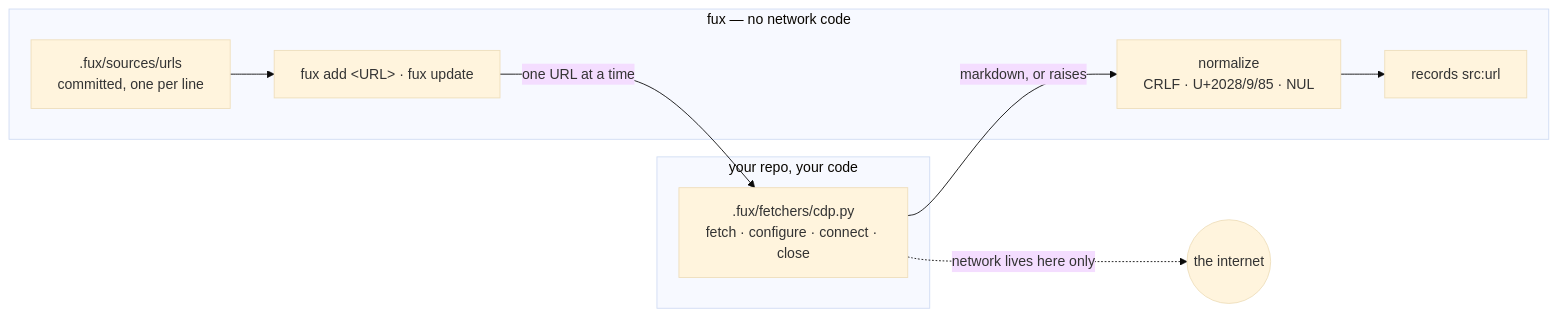
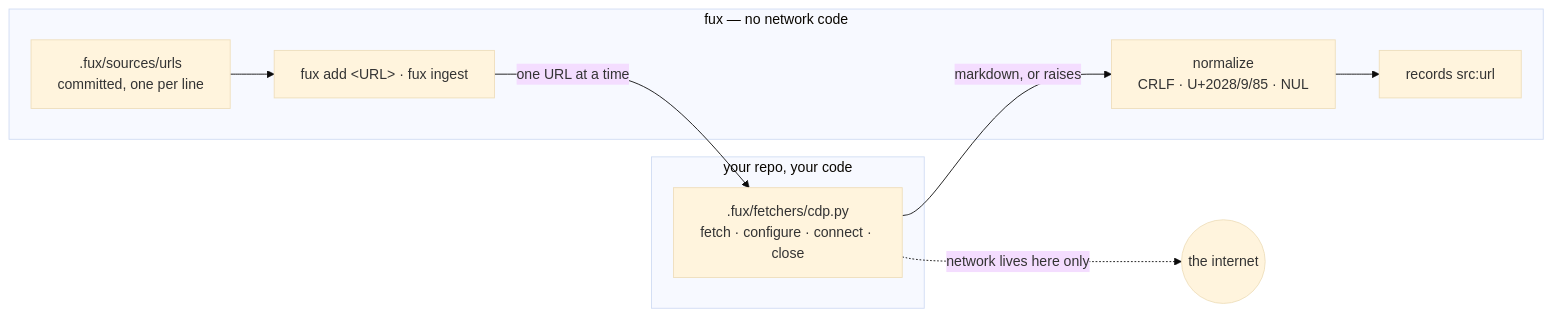
The diagram in records/0107_url-ingest.md (arpitarya/fux), drawn with Mermaid (base theme) before and after one commit. The commit also changed other lines of this file and 108 other files, not shown here.

First line of the commit message:
feat(w-177)!: `fux update` is deleted; `fux ingest` absorbs its whole surface

````diff
--- a/records/0107_url-ingest.md
+++ b/records/0107_url-ingest.md
@@ -40,17 +40,17 @@
 ```mermaid
 flowchart LR
     subgraph fux ["fux — no network code"]
-        R["fux add &lt;URL&gt; · fux update"]
+        R["fux add &lt;URL&gt; · fux ingest"]
         U[".fux/sources/urls<br/>committed, one per line"]
         N["normalize<br/>CRLF · U+2028/9/85 · NUL"]
         W["records src:url"]
     end
     subgraph yours ["your repo, your code"]
         M[".fux/fetchers/cdp.py<br/>fetch · configure · connect · close"]
     end
     U --> R
     R -->|"one URL at a time"| M
     M -->|"markdown, or raises"| N
     N --> W
     M -.->|"network lives here only"| NET(("the internet"))
 ```
````
